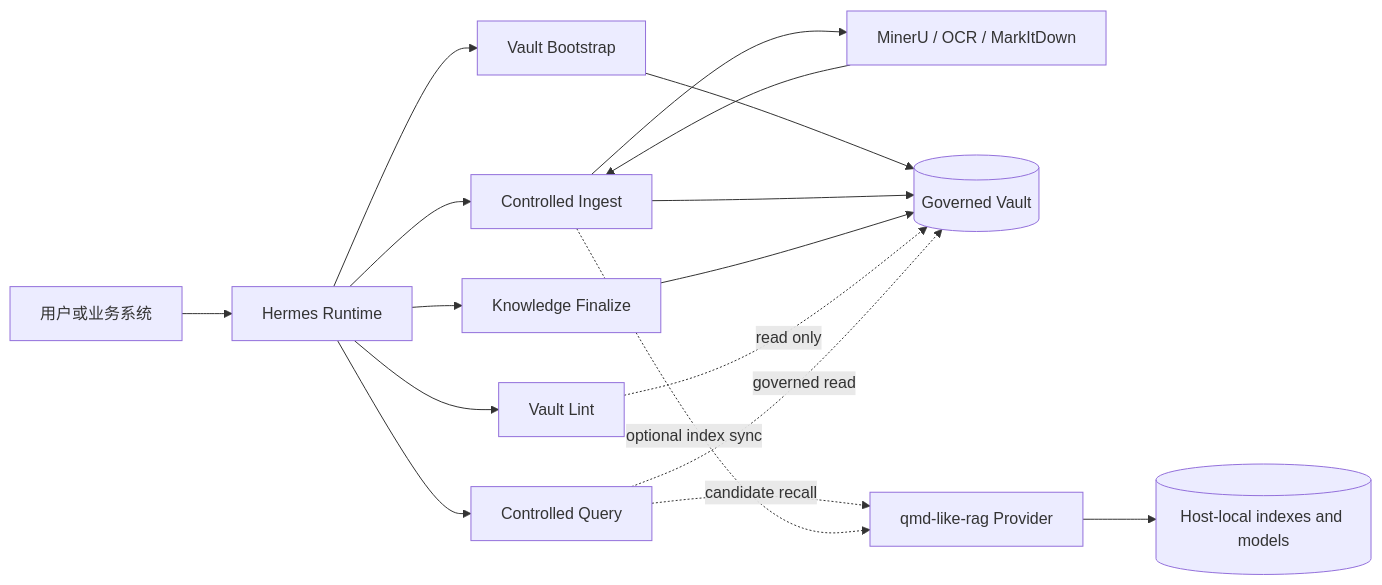
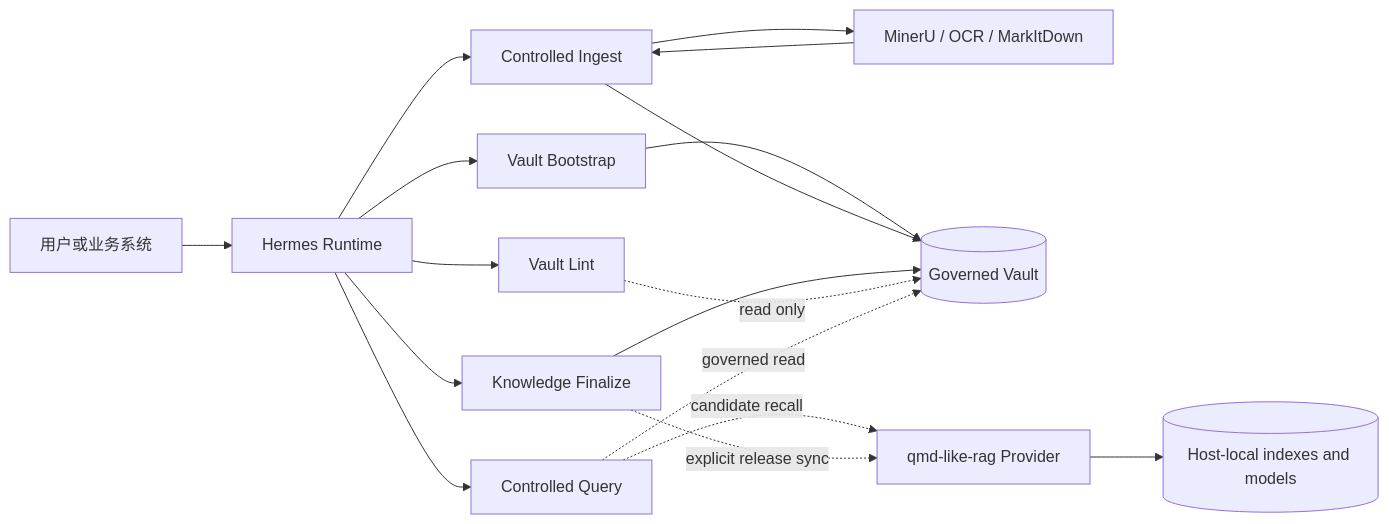
Before and after one commit to Ash1mar/hermes-obsidian-skills: the first of 2 diagrams in docs/OFFICIAL_TECHNICAL_SPECIFICATION.md, drawn with Mermaid. The commit also changed other lines of this file and 100 other files, not shown here.

````diff
--- a/docs/OFFICIAL_TECHNICAL_SPECIFICATION.md
+++ b/docs/OFFICIAL_TECHNICAL_SPECIFICATION.md
@@ -96,34 +96,34 @@
 ```mermaid
 flowchart LR
     USER[用户或业务系统]
     HERMES[Hermes Runtime]
 
     BOOT[Vault Bootstrap]
     INGEST[Controlled Ingest]
     FINALIZE[Knowledge Finalize]
     LINT[Vault Lint]
     QUERY[Controlled Query]
 
     CONVERT[MinerU / OCR / MarkItDown]
     VAULT[(Governed Vault)]
     PROVIDER[qmd-like-rag Provider]
     STATE[(Host-local indexes and models)]
 
     USER --> HERMES
     HERMES --> BOOT
     HERMES --> INGEST
     HERMES --> FINALIZE
     HERMES --> LINT
     HERMES --> QUERY
 
     BOOT --> VAULT
     INGEST --> CONVERT
     CONVERT --> INGEST
     INGEST --> VAULT
     FINALIZE --> VAULT
     LINT -. read only .-> VAULT
     QUERY -. governed read .-> VAULT
     QUERY -. candidate recall .-> PROVIDER
-    INGEST -. optional index sync .-> PROVIDER
+    FINALIZE -. explicit release sync .-> PROVIDER
     PROVIDER --> STATE
 ```
````
